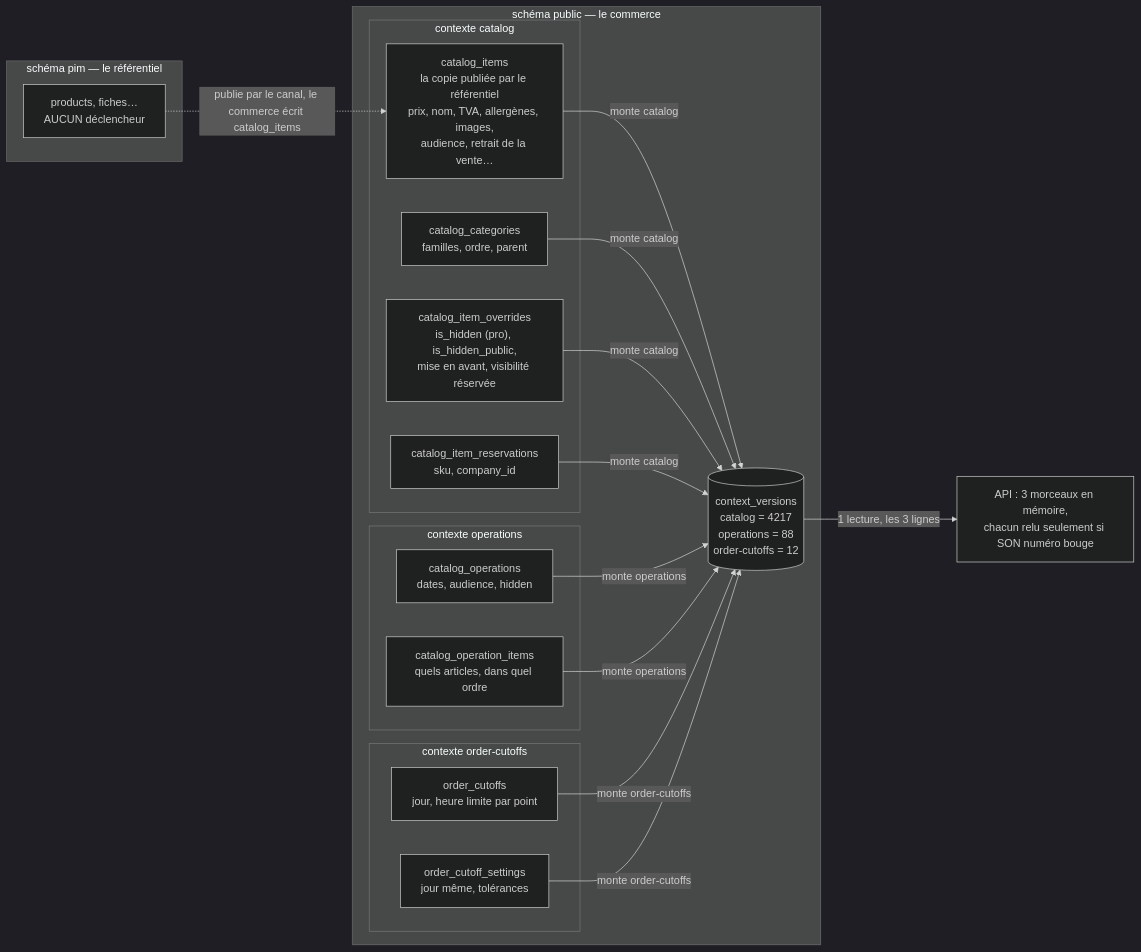
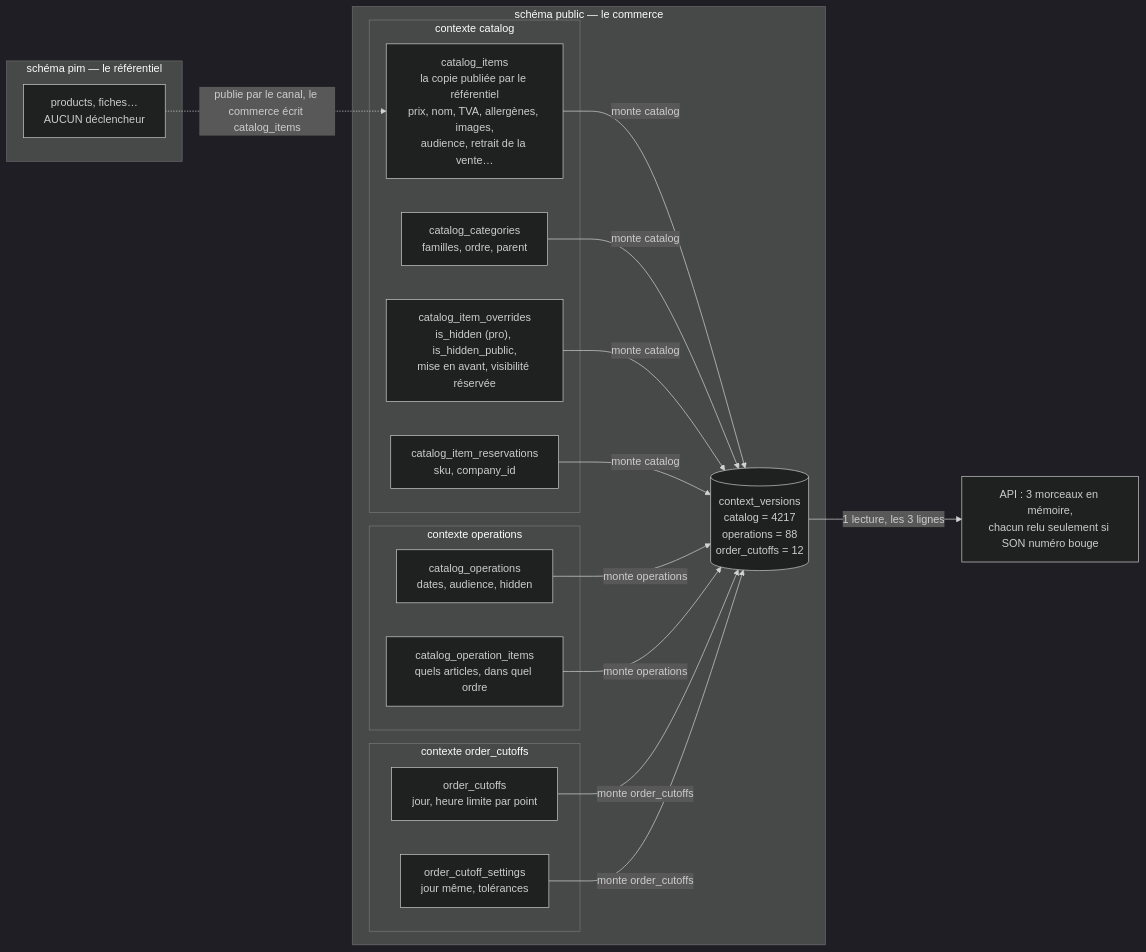
Before and after one commit to hugoheynard/lfd: the second of 2 diagrams in documentation/caching-usage/plan-materiaux-du-catalogue.md, drawn with Mermaid (dark theme). The commit also changed other lines of this file, not shown here.

First line of the commit message:
docs(cache): troisième passage de vitruve sur la forme par contexte

````diff
--- a/documentation/caching-usage/plan-materiaux-du-catalogue.md
+++ b/documentation/caching-usage/plan-materiaux-du-catalogue.md
@@ -329,35 +329,35 @@
 ```mermaid
 flowchart LR
   subgraph PIM["schéma pim — le référentiel"]
     P["products, fiches…<br/>AUCUN déclencheur"]
   end
 
   subgraph PUB["schéma public — le commerce"]
     subgraph CAT["contexte catalog"]
       CI["catalog_items<br/>la copie publiée par le référentiel<br/>prix, nom, TVA, allergènes, images,<br/>audience, retrait de la vente…"]
       CC["catalog_categories<br/>familles, ordre, parent"]
       CO["catalog_item_overrides<br/>is_hidden (pro), is_hidden_public,<br/>mise en avant, visibilité réservée"]
       CR["catalog_item_reservations<br/>sku, company_id"]
     end
     subgraph OPS["contexte operations"]
       OP["catalog_operations<br/>dates, audience, hidden"]
       OI["catalog_operation_items<br/>quels articles, dans quel ordre"]
     end
-    subgraph CUT["contexte order-cutoffs"]
+    subgraph CUT["contexte order_cutoffs"]
       OC["order_cutoffs<br/>jour, heure limite par point"]
       OS["order_cutoff_settings<br/>jour même, tolérances"]
     end
-    V[("context_versions<br/>catalog = 4217<br/>operations = 88<br/>order-cutoffs = 12")]
+    V[("context_versions<br/>catalog = 4217<br/>operations = 88<br/>order_cutoffs = 12")]
   end
 
   P -. "publie par le canal, le commerce écrit catalog_items" .-> CI
   CI -- "monte catalog" --> V
   CC -- "monte catalog" --> V
   CO -- "monte catalog" --> V
   CR -- "monte catalog" --> V
   OP -- "monte operations" --> V
   OI -- "monte operations" --> V
-  OC -- "monte order-cutoffs" --> V
-  OS -- "monte order-cutoffs" --> V
+  OC -- "monte order_cutoffs" --> V
+  OS -- "monte order_cutoffs" --> V
   V -- "1 lecture, les 3 lignes" --> API["API : 3 morceaux en mémoire,<br/>chacun relu seulement si SON numéro bouge"]
 ```
````
